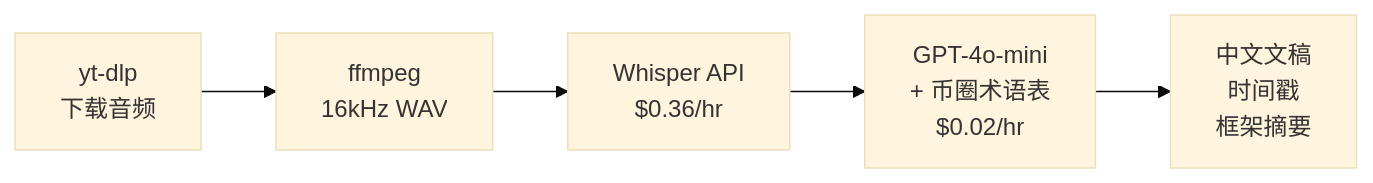
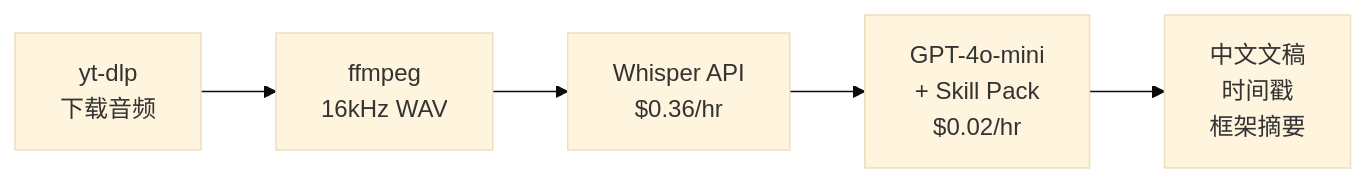
One commit to renlulu/renlulu.github.io changed the fourth of 4 diagrams in _posts/2026-02-24-yt-xspace-translation-research.md. Above: the diagram before and after it, drawn with Mermaid (base theme). The commit also changed other lines of this file, not shown here.

First line of the commit message:
Redesign product direction: universal engine + pluggable Skill Packs

````diff
--- a/_posts/2026-02-24-yt-xspace-translation-research.md
+++ b/_posts/2026-02-24-yt-xspace-translation-research.md
@@ -268,7 +403,7 @@
 ```mermaid
 flowchart LR
     A["yt-dlp<br/>下载音频"] --> B["ffmpeg<br/>16kHz WAV"]
     B --> C["Whisper API<br/>$0.36/hr"]
-    C --> D["GPT-4o-mini<br/>+ 币圈术语表<br/>$0.02/hr"]
+    C --> D["GPT-4o-mini<br/>+ Skill Pack<br/>$0.02/hr"]
     D --> E["中文文稿<br/>时间戳<br/>框架摘要"]
 ```
````
